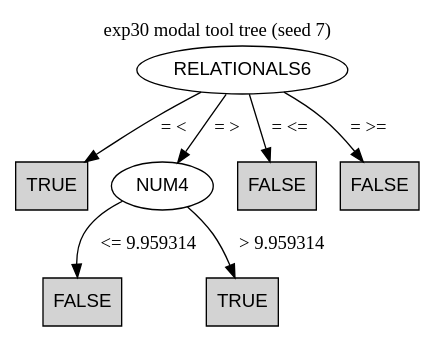
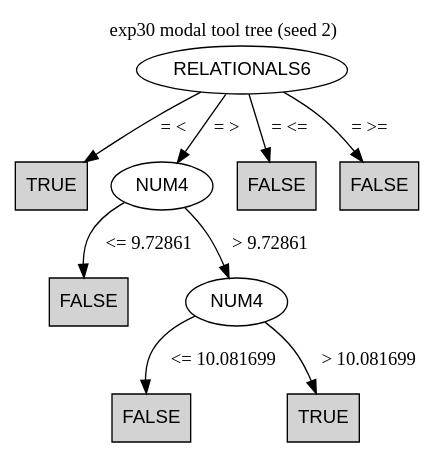
The diagram in derived_results/modal_trees/exp30_tool.dot (rdinizcal/Diagnosis-replication-package), drawn with Graphviz before and after one commit. The commit also changed 666 other files, not shown here.

```diff
--- a/derived_results/modal_trees/exp30_tool.dot
+++ b/derived_results/modal_trees/exp30_tool.dot
@@ -1,18 +1,22 @@
 digraph J48Tree {
 rankdir=TB;
 node [fontname=Helvetica];
-label="exp30 modal tool tree (seed 7)"; labelloc=t;
+label="exp30 modal tool tree (seed 2)"; labelloc=t;
 N0 [label="RELATIONALS6",shape=ellipse];
 N1 [label="TRUE",shape=box,style=filled,fillcolor=lightgray];
 N2 [label="NUM4",shape=ellipse];
 N3 [label="FALSE",shape=box,style=filled,fillcolor=lightgray];
-N4 [label="TRUE",shape=box,style=filled,fillcolor=lightgray];
+N4 [label="NUM4",shape=ellipse];
 N5 [label="FALSE",shape=box,style=filled,fillcolor=lightgray];
-N6 [label="FALSE",shape=box,style=filled,fillcolor=lightgray];
+N6 [label="TRUE",shape=box,style=filled,fillcolor=lightgray];
+N7 [label="FALSE",shape=box,style=filled,fillcolor=lightgray];
+N8 [label="FALSE",shape=box,style=filled,fillcolor=lightgray];
 N0 -> N1 [label="= <"];
 N0 -> N2 [label="= >"];
-N2 -> N3 [label="<= 9.959314"];
-N2 -> N4 [label="> 9.959314"];
-N0 -> N5 [label="= <="];
-N0 -> N6 [label="= >="];
+N2 -> N3 [label="<= 9.72861"];
+N2 -> N4 [label="> 9.72861"];
+N4 -> N5 [label="<= 10.081699"];
+N4 -> N6 [label="> 10.081699"];
+N0 -> N7 [label="= <="];
+N0 -> N8 [label="= >="];
 }
```
